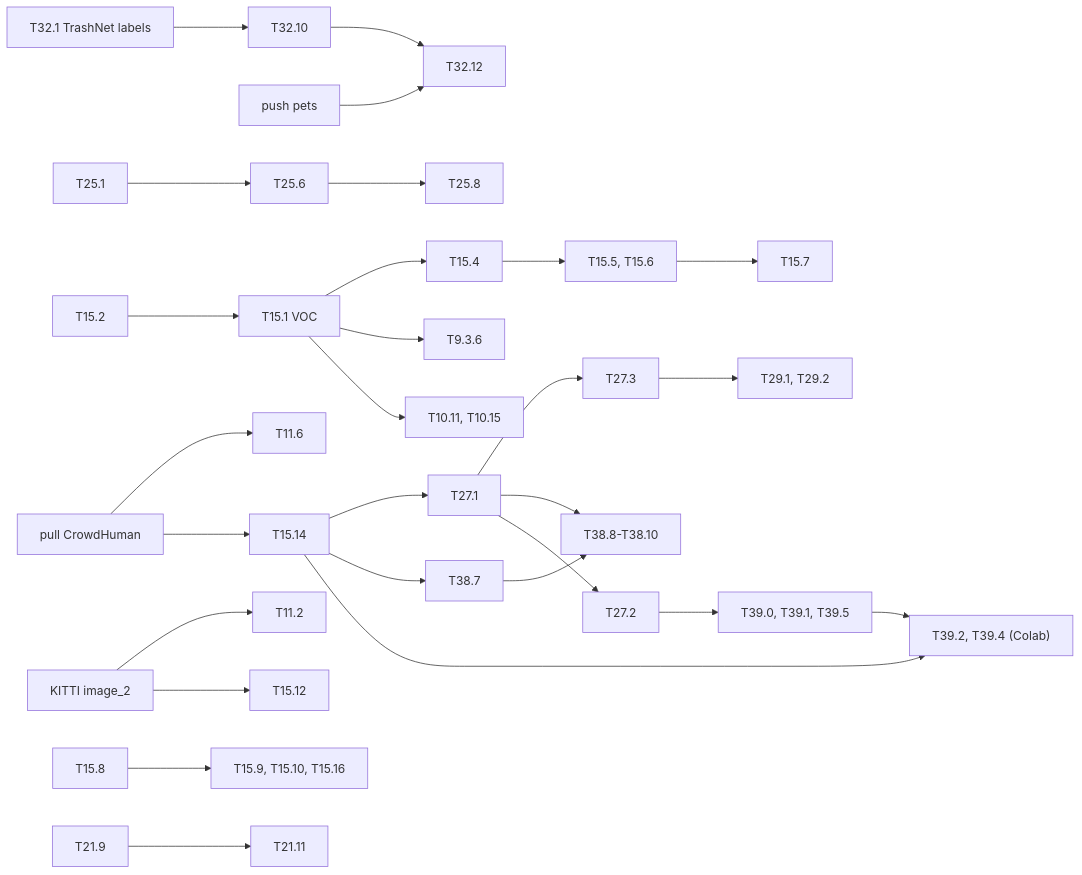
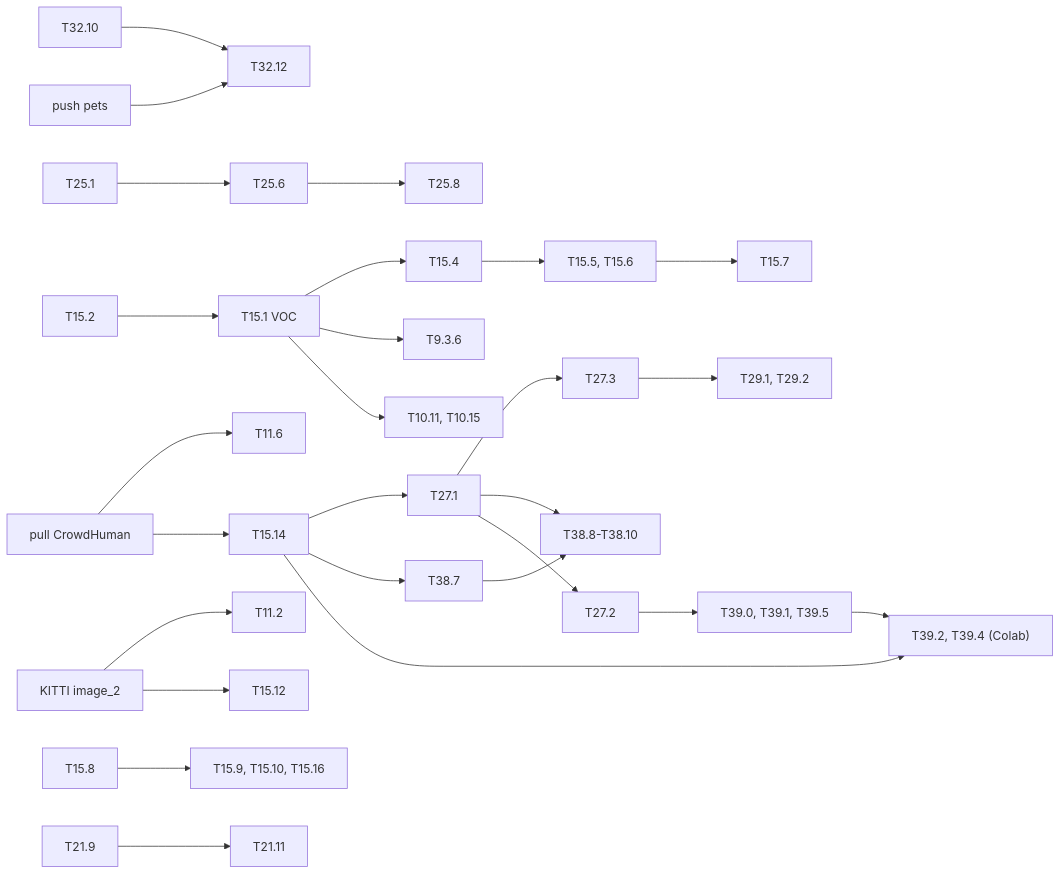
Before and after one commit to lrivals/EmbeddedComputervision: the diagram in docs/tasks/long-runs.md, drawn with Mermaid. The commit also changed other lines of this file and 5 other files, not shown here.

First line of the commit message:
M32: keep full-frame TrashNet boxes, 2522 of 2527 images boxed (T32.1)

````diff
--- a/docs/tasks/long-runs.md
+++ b/docs/tasks/long-runs.md
@@ -154,17 +154,17 @@
 ```mermaid
 graph LR
-  T321["T32.1 TrashNet labels"] --> T3210[T32.10] --> T3212[T32.12]
+  T3210[T32.10] --> T3212[T32.12]
   PETS["push pets"] --> T3212
   CH["pull CrowdHuman"] --> T116[T11.6] & T1514[T15.14]
   T1514 --> T271[T27.1] --> T273[T27.3] --> T29["T29.1, T29.2"]
   T251[T25.1] --> T256[T25.6] --> T258[T25.8]
   KITTI["KITTI image_2"] --> T112[T11.2] & T1512[T15.12]
   T152[T15.2] --> T151["T15.1 VOC"] --> T154[T15.4] --> T155["T15.5, T15.6"] --> T157[T15.7]
   T151 --> T936[T9.3.6] & T1011["T10.11, T10.15"]
   T158[T15.8] --> T159["T15.9, T15.10, T15.16"]
   T219[T21.9] --> T2111[T21.11]
   T1514 --> T387[T38.7] --> T388["T38.8-T38.10"]
   T271 --> T388
   T271 --> T272[T27.2] --> T39["T39.0, T39.1, T39.5"] --> T392["T39.2, T39.4 (Colab)"]
   T1514 --> T392
 ```
````
